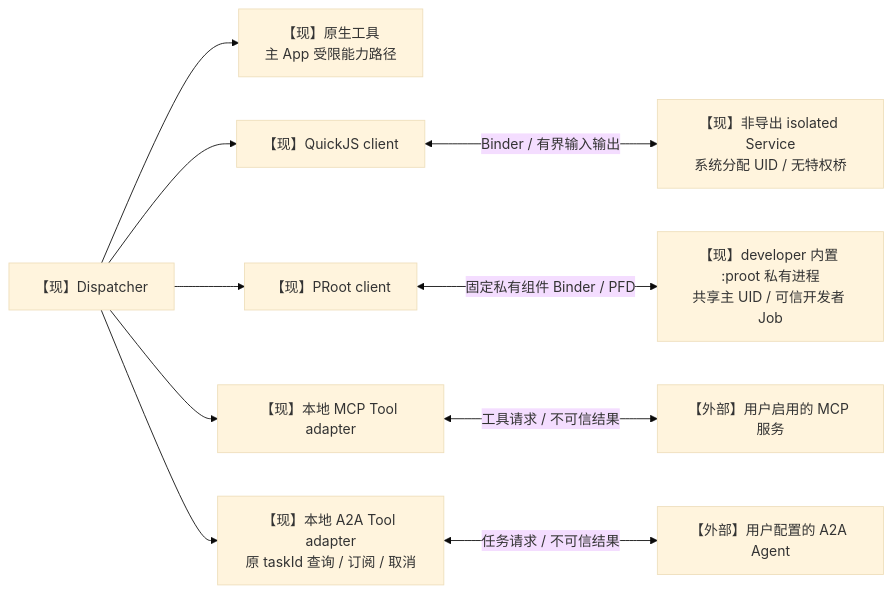
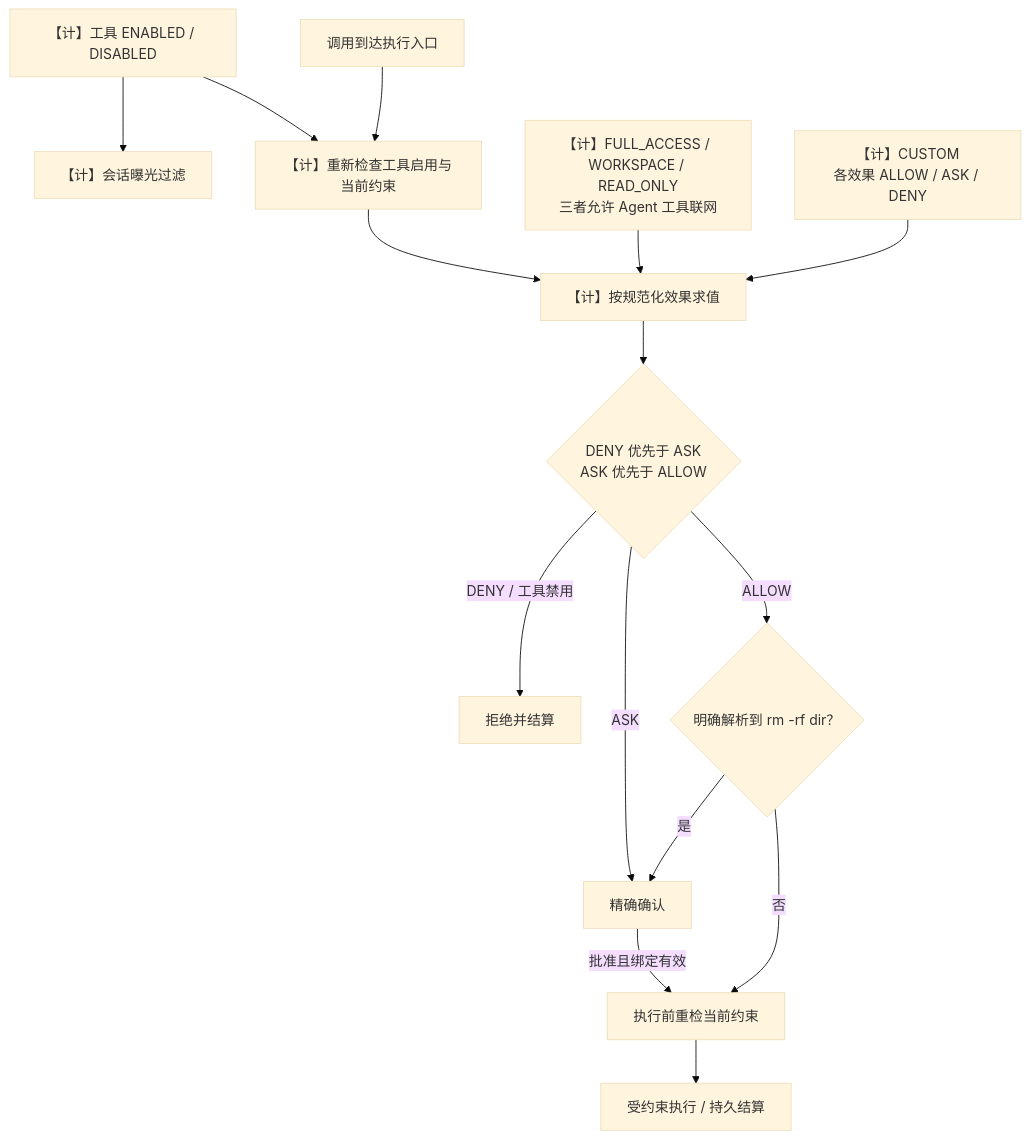
Before and after one commit to dollarser/helix-agent: the fourth of 11 diagrams in docs/research/helix-mermaid-architecture-diagrams.md, drawn with Mermaid (base theme). The commit also changed other lines of this file and 1 other file, not shown here.

Commit message:
docs: align research and architecture diagrams with current decisions

````diff
--- a/docs/research/helix-mermaid-architecture-diagrams.md
+++ b/docs/research/helix-mermaid-architecture-diagrams.md
@@ -165,22 +90,17 @@
 ```mermaid
-flowchart LR
-    DISPATCH["【现】Dispatcher"]
-    NATIVE["【现】原生工具<br/>主 App 受限能力路径"]
-    JSCLIENT["【现】QuickJS client"]
-    JS["【现】非导出 isolated Service<br/>系统分配 UID / 无特权桥"]
-    PROOTCLIENT["【现】PRoot client"]
-    PROOT["【现】developer 内置 :proot 私有进程<br/>共享主 UID / 可信开发者 Job"]
-    MCPCLIENT["【现】本地 MCP Tool adapter"]
-    MCP["【外部】用户启用的 MCP 服务"]
-    A2ACLIENT["【现】本地 A2A Tool adapter<br/>原 taskId 查询 / 订阅 / 取消"]
-    A2A["【外部】用户配置的 A2A Agent"]
-    DISPATCH --> NATIVE
-    DISPATCH --> JSCLIENT
-    JSCLIENT <-->|"Binder / 有界输入输出"| JS
-    DISPATCH --> PROOTCLIENT
-    PROOTCLIENT <-->|"固定私有组件 Binder / PFD"| PROOT
-    DISPATCH --> MCPCLIENT
-    MCPCLIENT <-->|"工具请求 / 不可信结果"| MCP
-    DISPATCH --> A2ACLIENT
-    A2ACLIENT <-->|"任务请求 / 不可信结果"| A2A
+flowchart TB
+    ENABLE["【计】工具 ENABLED / DISABLED"] --> EXPOSURE["【计】会话曝光过滤"]
+    CALL["调用到达执行入口"] --> LIVE["【计】重新检查工具启用与当前约束"]
+    ENABLE --> LIVE
+    PRESET["【计】FULL_ACCESS / WORKSPACE / READ_ONLY<br/>三者允许 Agent 工具联网"] --> RESOLVE["【计】按规范化效果求值"]
+    CUSTOM["【计】CUSTOM<br/>各效果 ALLOW / ASK / DENY"] --> RESOLVE
+    LIVE --> RESOLVE
+    RESOLVE --> PRIORITY{"DENY 优先于 ASK<br/>ASK 优先于 ALLOW"}
+    PRIORITY -->|"DENY / 工具禁用"| DENIED["拒绝并结算"]
+    PRIORITY -->|"ASK"| CARD["精确确认"]
+    PRIORITY -->|"ALLOW"| DELETE{"明确解析到 rm -rf dir？"}
+    DELETE -->|"是"| CARD
+    DELETE -->|"否"| START["执行前重检当前约束"]
+    CARD -->|"批准且绑定有效"| START
+    START --> EXEC["受约束执行 / 持久结算"]
 ```
````
